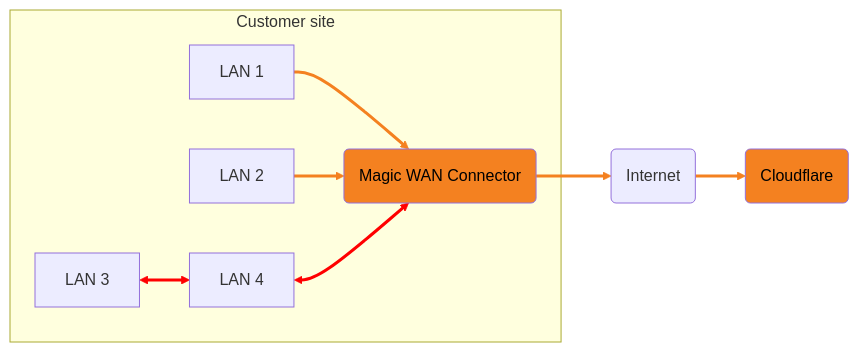
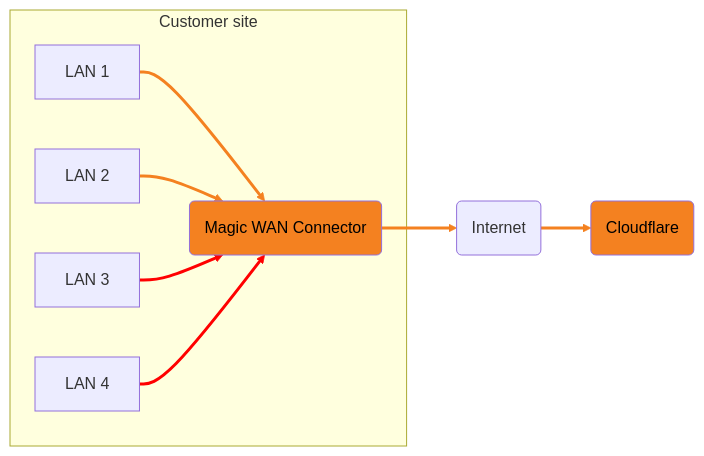
Before and after one commit to cloudflare/cloudflare-docs: the diagram in content/magic-wan/configuration/connector/network-options/network-segmentation.md, drawn with Mermaid. The commit also changed other lines of this file, not shown here.

Commit message:
refined graph and caption

````diff
--- a/content/magic-wan/configuration/connector/network-options/network-segmentation.md
+++ b/content/magic-wan/configuration/connector/network-options/network-segmentation.md
@@ -10,16 +10,17 @@
 ```mermaid
 flowchart LR
 accTitle: In this example, there are LANs where traffic flows between each other, instead of going to Cloudflare first.
     a(Magic WAN Connector)--> b(Internet) --> c(Cloudflare)
 
     subgraph Customer site
     d[LAN 1] --> a
     e[LAN 2] --> a
-    g[LAN 3] <--> h[LAN 4] <-->a
+    g[LAN 3] --> a
+    h[LAN 4] --> a
     end
     classDef orange fill:#f48120,color: black
     class a,c orange
 
     linkStyle 0,1,2,3 stroke:#f48120,stroke-width:3px
     linkStyle 4,5 stroke:red,stroke-width:3px
 ```
````
